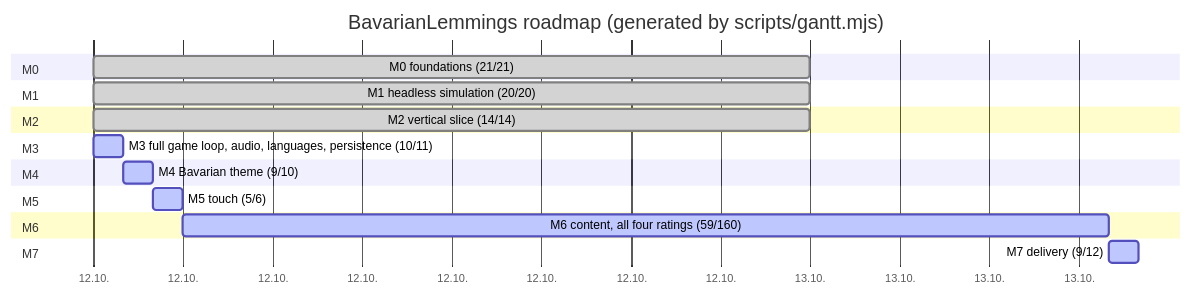
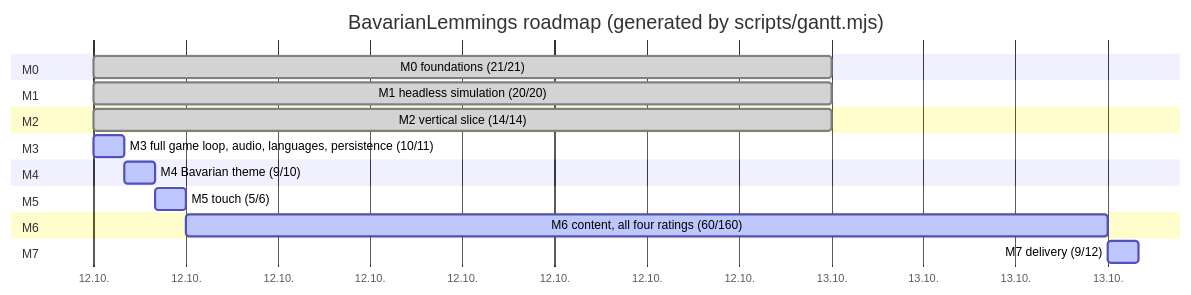
The diagram in plan.md (marcelpetrick/BavarianLemmings), drawn with Mermaid before and after one commit. The commit also changed other lines of this file and 2 other files, not shown here.

Commit message:
build(deps): update vitest and stylelint (v0.1.83)
Dependency review (M6.160): every entry is pinned exactly; latest stable releases checked on npm. vitest 5.0.5 -> 5.1.0, @vitest/coverage-v8 5.0.5 -> 5.1.0, stylelint 17.16.0 -> 18.0.0, stylelint-config-standard 40.0.0 -> 41.0.0. TypeScript stays at 6.0.3: 7.0.2 is out, but typescript-eslint 8.72.1 (latest) supports only TypeScript below 6.1. No lint rule changes were needed; coverage is unchanged.

````diff
--- a/plan.md
+++ b/plan.md
@@ -43,22 +43,22 @@
 ```mermaid
 gantt
     title BavarianLemmings roadmap (generated by scripts/gantt.mjs)
     dateFormat  YYYY-MM-DD
     axisFormat  %d.%m.
     section M0
     M0 foundations (21/21) :done, m0, 2026-10-12, 1d
     section M1
     M1 headless simulation (20/20) :done, m1, 2026-10-12, 1d
     section M2
     M2 vertical slice (14/14) :done, m2, 2026-10-12, 1d
     section M3
     M3 full game loop, audio, languages, persistence (10/11) :active, m3, 2026-10-12, 1h
     section M4
     M4 Bavarian theme (9/10) :active, m4, after m3, 1h
     section M5
     M5 touch (5/6) :active, m5, after m4, 1h
     section M6
-    M6 content, all four ratings (59/160) :active, m6, after m5, 31h
+    M6 content, all four ratings (60/160) :active, m6, after m5, 30h
     section M7
     M7 delivery (9/12) :active, m7, after m6, 1h
 ```
````
